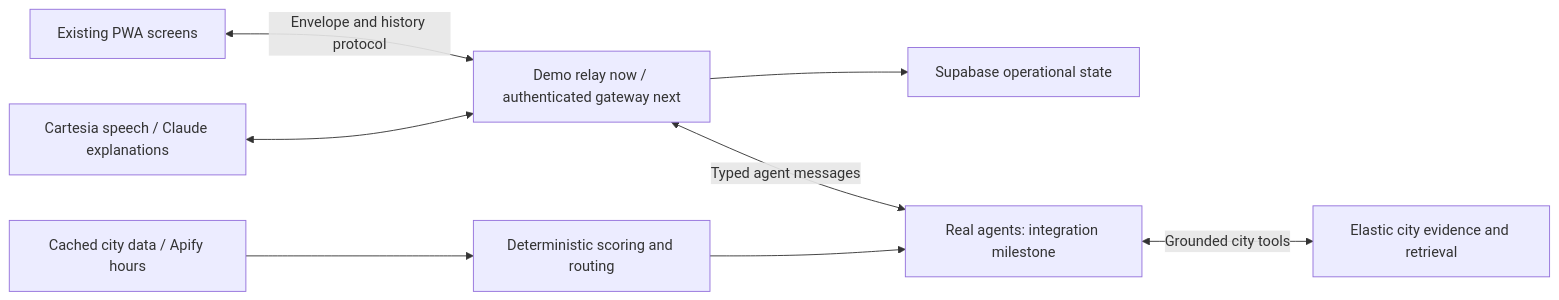
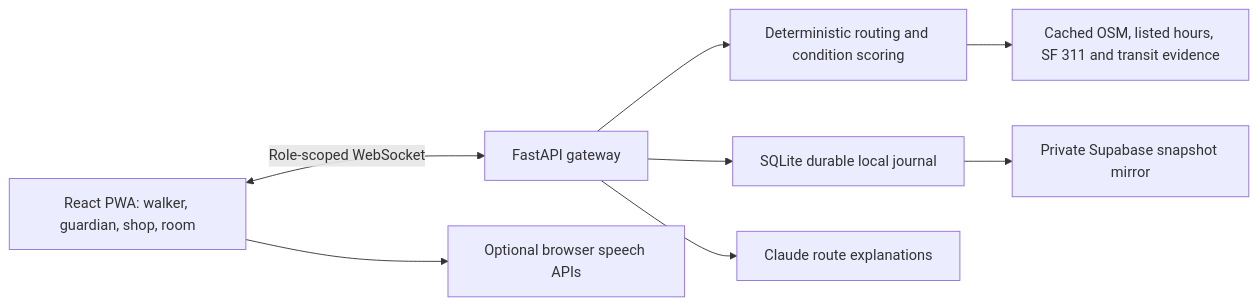
The second of 2 diagrams in docs/WORKFLOW.md (StayJagrat/StreetWise), drawn with Mermaid before and after one commit. The commit also changed other lines of this file and 58 other files, not shown here.

````diff
--- a/docs/WORKFLOW.md
+++ b/docs/WORKFLOW.md
@@ -71,10 +35,10 @@
 ```mermaid
 flowchart LR
-  Screens[Existing PWA screens] <-->|Envelope and history protocol| Gateway[Demo relay now / authenticated gateway next]
-  Gateway --> State[Supabase operational state]
-  Gateway <-->|Typed agent messages| Agents[Real agents: integration milestone]
-  Agents <-->|Grounded city tools| Elastic[Elastic city evidence and retrieval]
-  Sources[Cached city data / Apify hours] --> Engine[Deterministic scoring and routing]
-  Engine --> Agents
-  Voice[Cartesia speech / Claude explanations] <--> Gateway
+  PWA[React PWA: walker, guardian, shop, room] <-->|Role-scoped WebSocket| API[FastAPI gateway]
+  API --> Engine[Deterministic routing and condition scoring]
+  Engine --> Sources[Cached OSM, listed hours, SF 311 and transit evidence]
+  API --> Journal[SQLite durable local journal]
+  Journal --> Cloud[Private Supabase snapshot mirror]
+  API --> Claude[Claude route explanations]
+  PWA --> Speech[Optional browser speech APIs]
 ```
````
